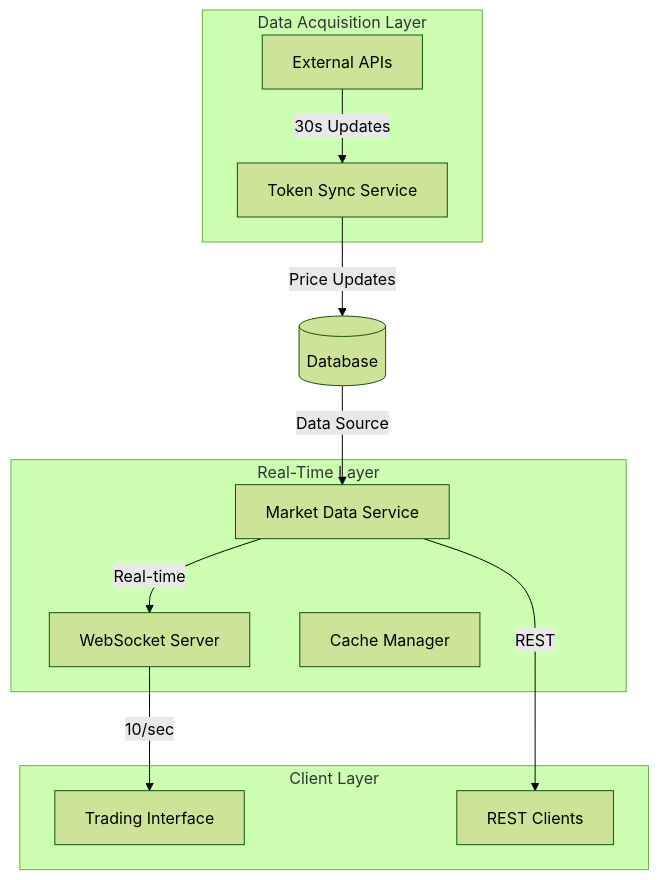
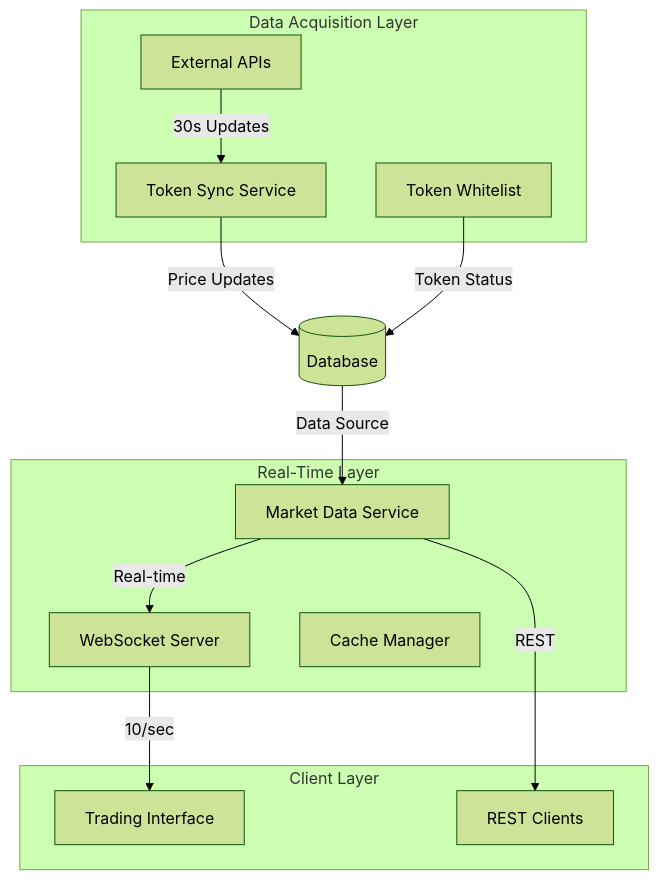
Before and after one commit to BranchManager69/degenduel: the first of 8 diagrams in docs_important/Core Services/OPERATIONS_MANAGEMENT/_MARKET_DATA_INTEGRATION.md, drawn with Mermaid (forest theme). The commit also changed other lines of this file and 11 other files, not shown here.

First line of the commit message:
Add Token Whitelist Service for token validation and management

````diff
--- a/docs_important/Core Services/OPERATIONS_MANAGEMENT/_MARKET_DATA_INTEGRATION.md
+++ b/docs_important/Core Services/OPERATIONS_MANAGEMENT/_MARKET_DATA_INTEGRATION.md
@@ -8,25 +8,27 @@
 ```mermaid
 graph TD
     subgraph "Data Acquisition Layer"
         TS[Token Sync Service]
         EX[External APIs]
+        WL[Token Whitelist]
     end
     
     subgraph "Real-Time Layer"
         MD[Market Data Service]
         WS[WebSocket Server]
         CM[Cache Manager]
     end
     
     subgraph "Client Layer"
         UI[Trading Interface]
         API[REST Clients]
     end
     
     EX -->|30s Updates| TS
     TS -->|Price Updates| DB[(Database)]
+    WL -->|Token Status| DB
     DB -->|Data Source| MD
     MD -->|Real-time| WS
     MD -->|REST| API
     WS -->|10/sec| UI
 ```
````
